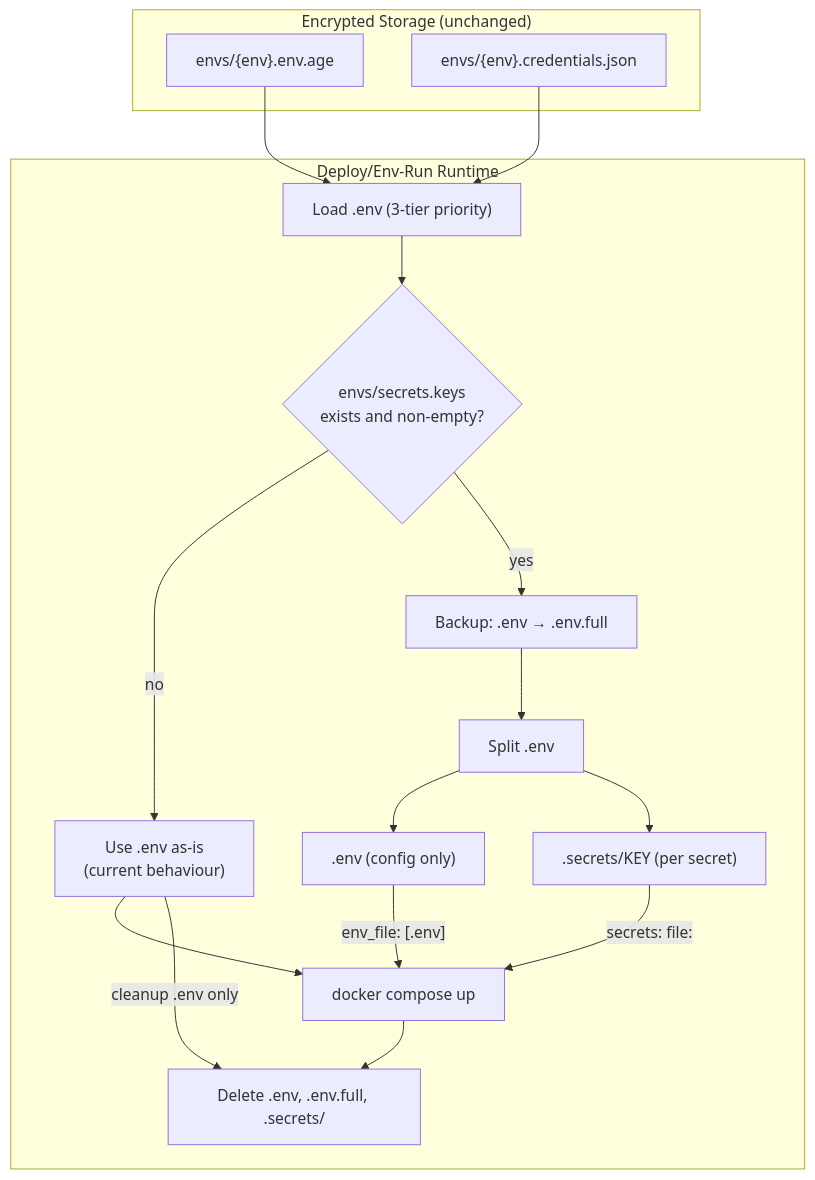
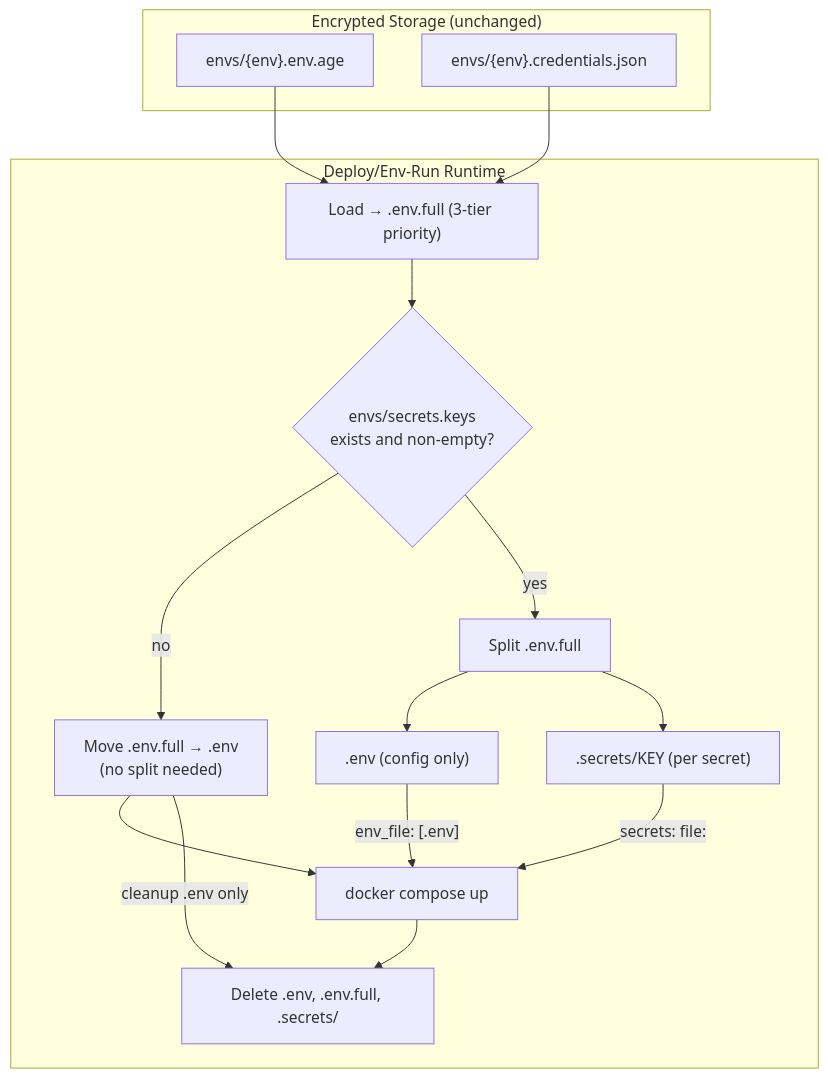
Before and after one commit to Grebec-IT/secure-env-handle: the diagram in docs/ai/implementation/knowledge-docker-secrets-split.md, drawn with Mermaid. The commit also changed other lines of this file and 15 other files, not shown here.

First line of the commit message:
Split-first secrets model: .env never contains secrets, persistent .secrets/

````diff
--- a/docs/ai/implementation/knowledge-docker-secrets-split.md
+++ b/docs/ai/implementation/knowledge-docker-secrets-split.md
@@ -171,31 +176,30 @@
 ```mermaid
 flowchart TB
     subgraph "Encrypted Storage (unchanged)"
         AGE["envs/{env}.env.age"]
         DPAPI["envs/{env}.credentials.json"]
     end
 
     subgraph "Deploy/Env-Run Runtime"
-        LOAD["Load .env (3-tier priority)"]
+        LOAD["Load → .env.full (3-tier priority)"]
         MANIFEST{"envs/secrets.keys<br/>exists and non-empty?"}
-        NOSPLIT["Use .env as-is<br/>(current behaviour)"]
-        BACKUP["Backup: .env → .env.full"]
-        SPLIT["Split .env"]
+        NOSPLIT["Move .env.full → .env<br/>(no split needed)"]
+        SPLIT["Split .env.full"]
         ENV_CONFIG[".env (config only)"]
         SECRETS[".secrets/KEY (per secret)"]
         COMPOSE["docker compose up"]
         CLEANUP["Delete .env, .env.full, .secrets/"]
     end
 
     AGE --> LOAD
     DPAPI --> LOAD
     LOAD --> MANIFEST
     MANIFEST -->|no| NOSPLIT --> COMPOSE
-    MANIFEST -->|yes| BACKUP --> SPLIT
+    MANIFEST -->|yes| SPLIT
     SPLIT --> ENV_CONFIG
     SPLIT --> SECRETS
     ENV_CONFIG -->|"env_file: [.env]"| COMPOSE
     SECRETS -->|"secrets: file:"| COMPOSE
     COMPOSE --> CLEANUP
     NOSPLIT -->|cleanup .env only| CLEANUP
 ```
````
